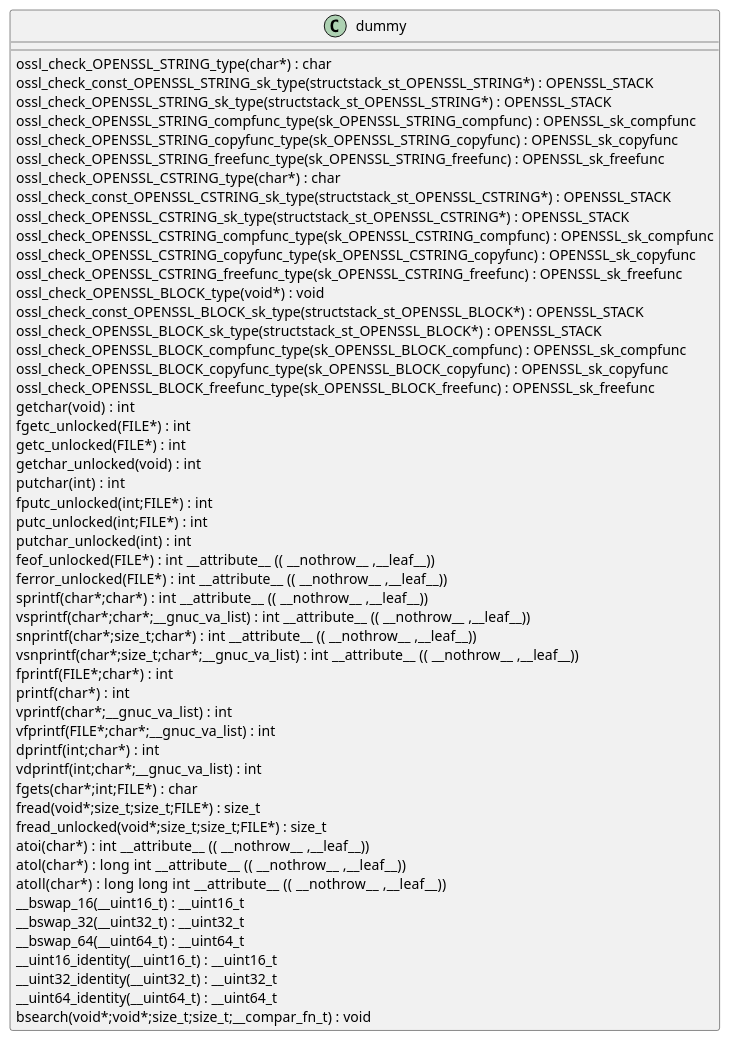
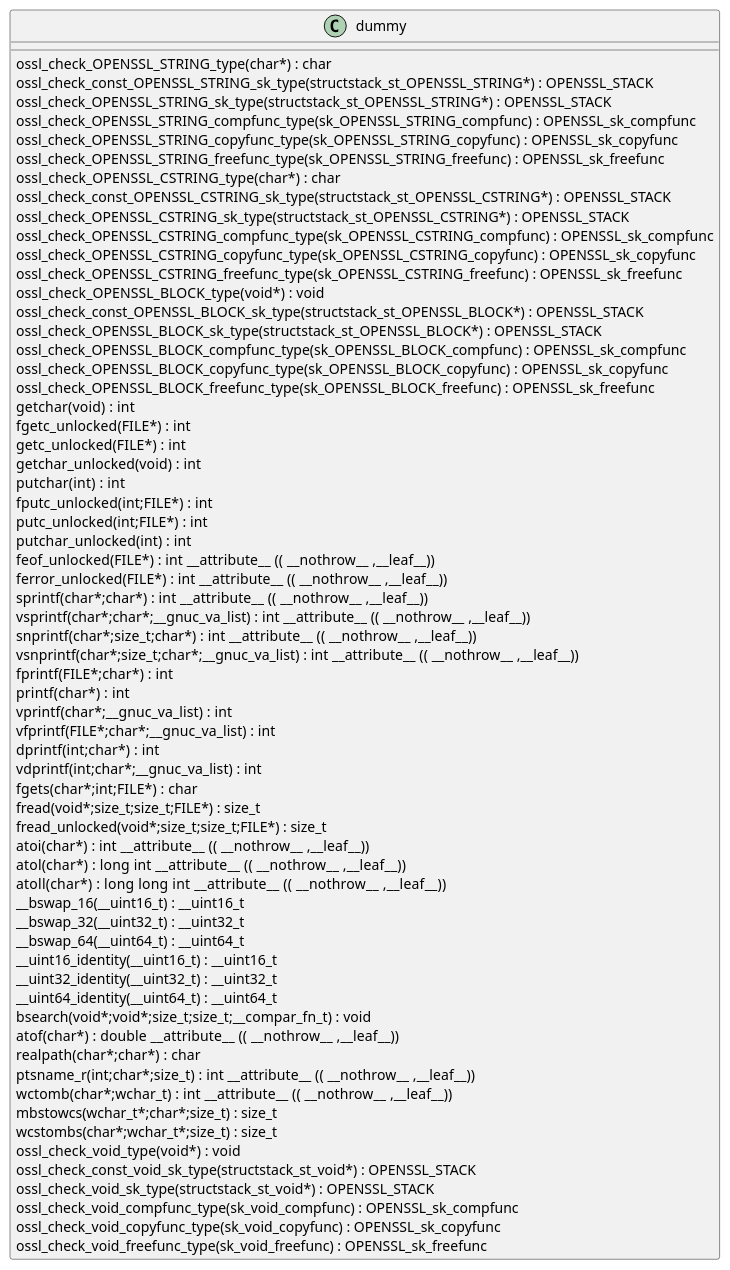
Before and after one commit to qualitesys/openssl: the diagram in docs/qc/providers/implementations/ciphers/cipher_chacha20_poly1305_hw.c.puml, drawn with PlantUML. The commit also changed 5114 other files, not shown here.

```diff
--- a/docs/qc/providers/implementations/ciphers/cipher_chacha20_poly1305_hw.c.puml
+++ b/docs/qc/providers/implementations/ciphers/cipher_chacha20_poly1305_hw.c.puml
@@ -1,56 +1,68 @@
 @startuml
 !pragma layout smetana
 class dummy {
 ossl_check_OPENSSL_STRING_type(char*) :  char  [[[./../../../.././qc/providers/implementations/ciphers/cipher_chacha20_poly1305_hw.c.html#507]]]
 ossl_check_const_OPENSSL_STRING_sk_type(structstack_st_OPENSSL_STRING*) : OPENSSL_STACK [[[./../../../.././qc/providers/implementations/ciphers/cipher_chacha20_poly1305_hw.c.html#507]]]
 ossl_check_OPENSSL_STRING_sk_type(structstack_st_OPENSSL_STRING*) : OPENSSL_STACK [[[./../../../.././qc/providers/implementations/ciphers/cipher_chacha20_poly1305_hw.c.html#507]]]
 ossl_check_OPENSSL_STRING_compfunc_type(sk_OPENSSL_STRING_compfunc) : OPENSSL_sk_compfunc [[[./../../../.././qc/providers/implementations/ciphers/cipher_chacha20_poly1305_hw.c.html#507]]]
 ossl_check_OPENSSL_STRING_copyfunc_type(sk_OPENSSL_STRING_copyfunc) : OPENSSL_sk_copyfunc [[[./../../../.././qc/providers/implementations/ciphers/cipher_chacha20_poly1305_hw.c.html#507]]]
 ossl_check_OPENSSL_STRING_freefunc_type(sk_OPENSSL_STRING_freefunc) : OPENSSL_sk_freefunc [[[./../../../.././qc/providers/implementations/ciphers/cipher_chacha20_poly1305_hw.c.html#507]]]
 ossl_check_OPENSSL_CSTRING_type(char*) :  char  [[[./../../../.././qc/providers/implementations/ciphers/cipher_chacha20_poly1305_hw.c.html#509]]]
 ossl_check_const_OPENSSL_CSTRING_sk_type(structstack_st_OPENSSL_CSTRING*) : OPENSSL_STACK [[[./../../../.././qc/providers/implementations/ciphers/cipher_chacha20_poly1305_hw.c.html#509]]]
 ossl_check_OPENSSL_CSTRING_sk_type(structstack_st_OPENSSL_CSTRING*) : OPENSSL_STACK [[[./../../../.././qc/providers/implementations/ciphers/cipher_chacha20_poly1305_hw.c.html#509]]]
 ossl_check_OPENSSL_CSTRING_compfunc_type(sk_OPENSSL_CSTRING_compfunc) : OPENSSL_sk_compfunc [[[./../../../.././qc/providers/implementations/ciphers/cipher_chacha20_poly1305_hw.c.html#509]]]
 ossl_check_OPENSSL_CSTRING_copyfunc_type(sk_OPENSSL_CSTRING_copyfunc) : OPENSSL_sk_copyfunc [[[./../../../.././qc/providers/implementations/ciphers/cipher_chacha20_poly1305_hw.c.html#509]]]
 ossl_check_OPENSSL_CSTRING_freefunc_type(sk_OPENSSL_CSTRING_freefunc) : OPENSSL_sk_freefunc [[[./../../../.././qc/providers/implementations/ciphers/cipher_chacha20_poly1305_hw.c.html#509]]]
 ossl_check_OPENSSL_BLOCK_type(void*) :  void  [[[./../../../.././qc/providers/implementations/ciphers/cipher_chacha20_poly1305_hw.c.html#512]]]
 ossl_check_const_OPENSSL_BLOCK_sk_type(structstack_st_OPENSSL_BLOCK*) : OPENSSL_STACK [[[./../../../.././qc/providers/implementations/ciphers/cipher_chacha20_poly1305_hw.c.html#512]]]
 ossl_check_OPENSSL_BLOCK_sk_type(structstack_st_OPENSSL_BLOCK*) : OPENSSL_STACK [[[./../../../.././qc/providers/implementations/ciphers/cipher_chacha20_poly1305_hw.c.html#512]]]
 ossl_check_OPENSSL_BLOCK_compfunc_type(sk_OPENSSL_BLOCK_compfunc) : OPENSSL_sk_compfunc [[[./../../../.././qc/providers/implementations/ciphers/cipher_chacha20_poly1305_hw.c.html#512]]]
 ossl_check_OPENSSL_BLOCK_copyfunc_type(sk_OPENSSL_BLOCK_copyfunc) : OPENSSL_sk_copyfunc [[[./../../../.././qc/providers/implementations/ciphers/cipher_chacha20_poly1305_hw.c.html#512]]]
 ossl_check_OPENSSL_BLOCK_freefunc_type(sk_OPENSSL_BLOCK_freefunc) : OPENSSL_sk_freefunc [[[./../../../.././qc/providers/implementations/ciphers/cipher_chacha20_poly1305_hw.c.html#512]]]
 getchar(void) :  int  [[[./../../../.././qc/providers/implementations/ciphers/cipher_chacha20_poly1305_hw.c.html#1345]]]
 fgetc_unlocked(FILE*) :  int  [[[./../../../.././qc/providers/implementations/ciphers/cipher_chacha20_poly1305_hw.c.html#1354]]]
 getc_unlocked(FILE*) :  int  [[[./../../../.././qc/providers/implementations/ciphers/cipher_chacha20_poly1305_hw.c.html#1364]]]
 getchar_unlocked(void) :  int  [[[./../../../.././qc/providers/implementations/ciphers/cipher_chacha20_poly1305_hw.c.html#1371]]]
 putchar(int) :  int  [[[./../../../.././qc/providers/implementations/ciphers/cipher_chacha20_poly1305_hw.c.html#1380]]]
 fputc_unlocked(int;FILE*) :  int  [[[./../../../.././qc/providers/implementations/ciphers/cipher_chacha20_poly1305_hw.c.html#1389]]]
 putc_unlocked(int;FILE*) :  int  [[[./../../../.././qc/providers/implementations/ciphers/cipher_chacha20_poly1305_hw.c.html#1399]]]
 putchar_unlocked(int) :  int  [[[./../../../.././qc/providers/implementations/ciphers/cipher_chacha20_poly1305_hw.c.html#1406]]]
 feof_unlocked(FILE*) :  int  __attribute__ (( __nothrow__ ,__leaf__)) [[[./../../../.././qc/providers/implementations/ciphers/cipher_chacha20_poly1305_hw.c.html#1412]]]
 ferror_unlocked(FILE*) :  int  __attribute__ (( __nothrow__ ,__leaf__)) [[[./../../../.././qc/providers/implementations/ciphers/cipher_chacha20_poly1305_hw.c.html#1419]]]
 sprintf(char*;char*) :  int  __attribute__ (( __nothrow__ ,__leaf__)) [[[./../../../.././qc/providers/implementations/ciphers/cipher_chacha20_poly1305_hw.c.html#1438]]]
 vsprintf(char*;char*;__gnuc_va_list) :  int  __attribute__ (( __nothrow__ ,__leaf__)) [[[./../../../.././qc/providers/implementations/ciphers/cipher_chacha20_poly1305_hw.c.html#1451]]]
 snprintf(char*;size_t;char*) :  int  __attribute__ (( __nothrow__ ,__leaf__)) [[[./../../../.././qc/providers/implementations/ciphers/cipher_chacha20_poly1305_hw.c.html#1470]]]
 vsnprintf(char*;size_t;char*;__gnuc_va_list) :  int  __attribute__ (( __nothrow__ ,__leaf__)) [[[./../../../.././qc/providers/implementations/ciphers/cipher_chacha20_poly1305_hw.c.html#1484]]]
 fprintf(FILE*;char*) :  int  [[[./../../../.././qc/providers/implementations/ciphers/cipher_chacha20_poly1305_hw.c.html#1505]]]
 printf(char*) :  int  [[[./../../../.././qc/providers/implementations/ciphers/cipher_chacha20_poly1305_hw.c.html#1512]]]
 vprintf(char*;__gnuc_va_list) :  int  [[[./../../../.././qc/providers/implementations/ciphers/cipher_chacha20_poly1305_hw.c.html#1524]]]
 vfprintf(FILE*;char*;__gnuc_va_list) :  int  [[[./../../../.././qc/providers/implementations/ciphers/cipher_chacha20_poly1305_hw.c.html#1534]]]
 dprintf(int;char*) :  int  [[[./../../../.././qc/providers/implementations/ciphers/cipher_chacha20_poly1305_hw.c.html#1549]]]
 vdprintf(int;char*;__gnuc_va_list) :  int  [[[./../../../.././qc/providers/implementations/ciphers/cipher_chacha20_poly1305_hw.c.html#1560]]]
 fgets(char*;int;FILE*) :  char  [[[./../../../.././qc/providers/implementations/ciphers/cipher_chacha20_poly1305_hw.c.html#1579]]]
 fread(void*;size_t;size_t;FILE*) : size_t [[[./../../../.././qc/providers/implementations/ciphers/cipher_chacha20_poly1305_hw.c.html#1605]]]
 fread_unlocked(void*;size_t;size_t;FILE*) : size_t [[[./../../../.././qc/providers/implementations/ciphers/cipher_chacha20_poly1305_hw.c.html#1632]]]
 atoi(char*) :  int  __attribute__ (( __nothrow__ ,__leaf__)) [[[./../../../.././qc/providers/implementations/ciphers/cipher_chacha20_poly1305_hw.c.html#1803]]]
 atol(char*) :  long  int  __attribute__ (( __nothrow__ ,__leaf__)) [[[./../../../.././qc/providers/implementations/ciphers/cipher_chacha20_poly1305_hw.c.html#1808]]]
 atoll(char*) :  long  long  int  __attribute__ (( __nothrow__ ,__leaf__)) [[[./../../../.././qc/providers/implementations/ciphers/cipher_chacha20_poly1305_hw.c.html#1815]]]
 __bswap_16(__uint16_t) : __uint16_t [[[./../../../.././qc/providers/implementations/ciphers/cipher_chacha20_poly1305_hw.c.html#1962]]]
 __bswap_32(__uint32_t) : __uint32_t [[[./../../../.././qc/providers/implementations/ciphers/cipher_chacha20_poly1305_hw.c.html#1977]]]
 __bswap_64(__uint64_t) : __uint64_t [[[./../../../.././qc/providers/implementations/ciphers/cipher_chacha20_poly1305_hw.c.html#1987]]]
 __uint16_identity(__uint16_t) : __uint16_t [[[./../../../.././qc/providers/implementations/ciphers/cipher_chacha20_poly1305_hw.c.html#1999]]]
 __uint32_identity(__uint32_t) : __uint32_t [[[./../../../.././qc/providers/implementations/ciphers/cipher_chacha20_poly1305_hw.c.html#2005]]]
 __uint64_identity(__uint64_t) : __uint64_t [[[./../../../.././qc/providers/implementations/ciphers/cipher_chacha20_poly1305_hw.c.html#2011]]]
 bsearch(void*;void*;size_t;size_t;__compar_fn_t) :  void  [[[./../../../.././qc/providers/implementations/ciphers/cipher_chacha20_poly1305_hw.c.html#2679]]]
+atof(char*) :  double  __attribute__ (( __nothrow__ ,__leaf__)) [[[./../../../.././qc/providers/implementations/ciphers/cipher_chacha20_poly1305_hw.c.html#1]]]
+realpath(char*;char*) :  char  [[[./../../../.././qc/providers/implementations/ciphers/cipher_chacha20_poly1305_hw.c.html#1]]]
+ptsname_r(int;char*;size_t) :  int  __attribute__ (( __nothrow__ ,__leaf__)) [[[./../../../.././qc/providers/implementations/ciphers/cipher_chacha20_poly1305_hw.c.html#1]]]
+wctomb(char*;wchar_t) :  int  __attribute__ (( __nothrow__ ,__leaf__)) [[[./../../../.././qc/providers/implementations/ciphers/cipher_chacha20_poly1305_hw.c.html#1]]]
+mbstowcs(wchar_t*;char*;size_t) : size_t [[[./../../../.././qc/providers/implementations/ciphers/cipher_chacha20_poly1305_hw.c.html#1]]]
+wcstombs(char*;wchar_t*;size_t) : size_t [[[./../../../.././qc/providers/implementations/ciphers/cipher_chacha20_poly1305_hw.c.html#1]]]
+ossl_check_void_type(void*) :  void  [[[./../../../.././qc/providers/implementations/ciphers/cipher_chacha20_poly1305_hw.c.html#1]]]
+ossl_check_const_void_sk_type(structstack_st_void*) : OPENSSL_STACK [[[./../../../.././qc/providers/implementations/ciphers/cipher_chacha20_poly1305_hw.c.html#1]]]
+ossl_check_void_sk_type(structstack_st_void*) : OPENSSL_STACK [[[./../../../.././qc/providers/implementations/ciphers/cipher_chacha20_poly1305_hw.c.html#1]]]
+ossl_check_void_compfunc_type(sk_void_compfunc) : OPENSSL_sk_compfunc [[[./../../../.././qc/providers/implementations/ciphers/cipher_chacha20_poly1305_hw.c.html#1]]]
+ossl_check_void_copyfunc_type(sk_void_copyfunc) : OPENSSL_sk_copyfunc [[[./../../../.././qc/providers/implementations/ciphers/cipher_chacha20_poly1305_hw.c.html#1]]]
+ossl_check_void_freefunc_type(sk_void_freefunc) : OPENSSL_sk_freefunc [[[./../../../.././qc/providers/implementations/ciphers/cipher_chacha20_poly1305_hw.c.html#1]]]
 } 
 @enduml
```
